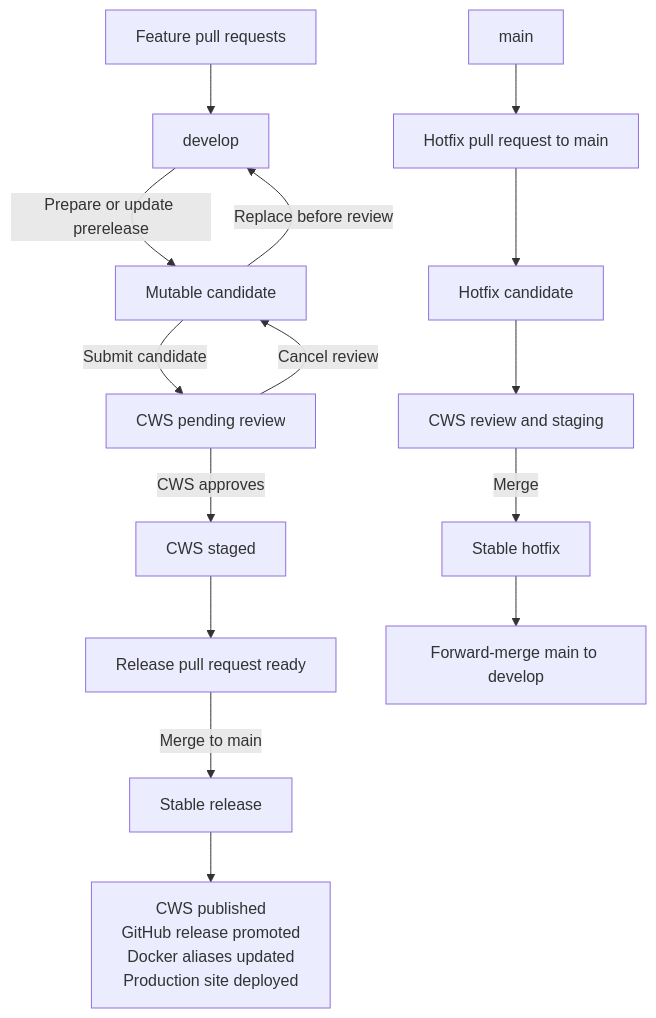
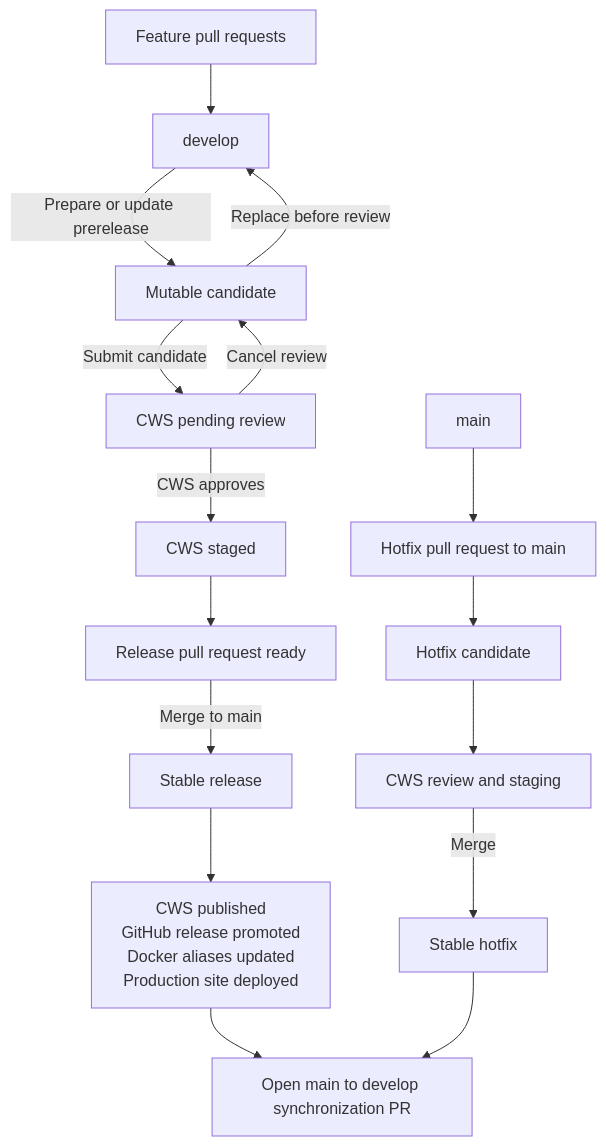
Before and after one commit to jamezrin/lurkloot: the diagram in RELEASING.md, drawn with Mermaid. The commit also changed other lines of this file and 16 other files, not shown here.

````diff
--- a/RELEASING.md
+++ b/RELEASING.md
@@ -9,18 +9,19 @@
 ```mermaid
 flowchart TD
     F[Feature pull requests] --> D[develop]
     D -->|Prepare or update prerelease| C[Mutable candidate]
     C -->|Replace before review| D
     C -->|Submit candidate| R[CWS pending review]
     R -->|Cancel review| C
     R -->|CWS approves| S[CWS staged]
     S --> P[Release pull request ready]
     P -->|Merge to main| L[Stable release]
     L --> O[CWS published<br/>GitHub release promoted<br/>Docker aliases updated<br/>Production site deployed]
+    O --> FM[Open main to develop synchronization PR]
 
     M[main] --> H[Hotfix pull request to main]
     H --> HC[Hotfix candidate]
     HC --> HR[CWS review and staging]
     HR -->|Merge| HL[Stable hotfix]
-    HL --> FM[Forward-merge main to develop]
+    HL --> FM
 ```
````
